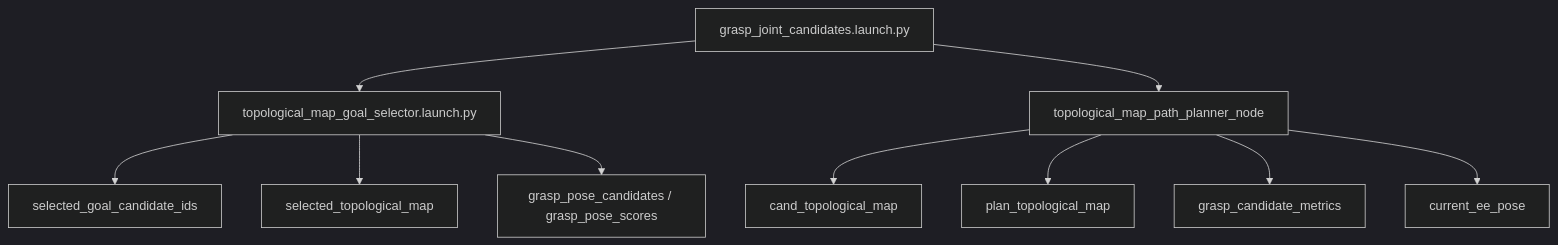
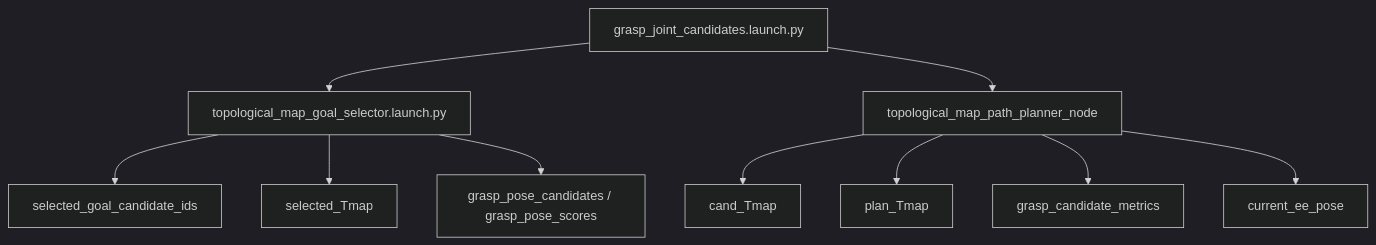
One commit to uraki-UH/arm_avoidance changed the first of 10 diagrams in gng_vlut_system/docs/TECHNICAL_SPEC.md. Above: the diagram before and after it, drawn with Mermaid (dark theme). The commit also changed other lines of this file and 45 other files, not shown here.

````diff
--- a/gng_vlut_system/docs/TECHNICAL_SPEC.md
+++ b/gng_vlut_system/docs/TECHNICAL_SPEC.md
@@ -18,14 +18,14 @@
 ```mermaid
 flowchart TD
     A[grasp_joint_candidates.launch.py] --> B[topological_map_goal_selector.launch.py]
     A --> D[topological_map_path_planner_node]
 
     B --> G[selected_goal_candidate_ids]
-    B --> H[selected_topological_map]
+    B --> H[selected_Tmap]
     B --> J[grasp_pose_candidates / grasp_pose_scores]
 
-    D --> K[cand_topological_map]
-    D --> L[plan_topological_map]
+    D --> K[cand_Tmap]
+    D --> L[plan_Tmap]
     D --> M[grasp_candidate_metrics]
     D --> N[current_ee_pose]
 ```
````
